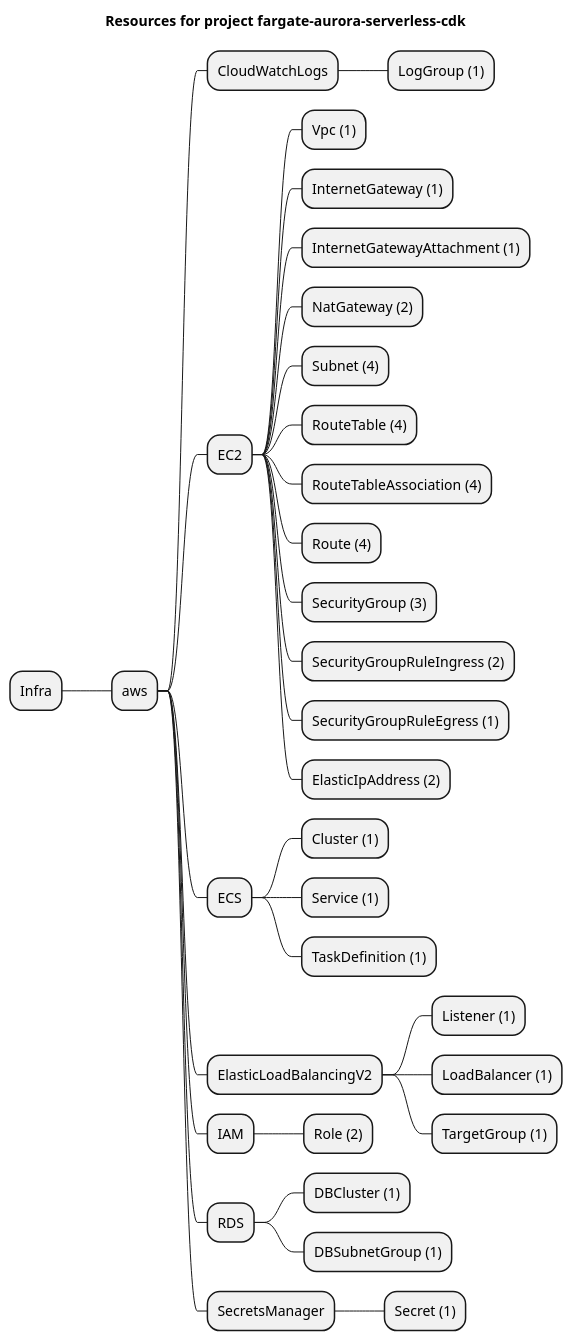
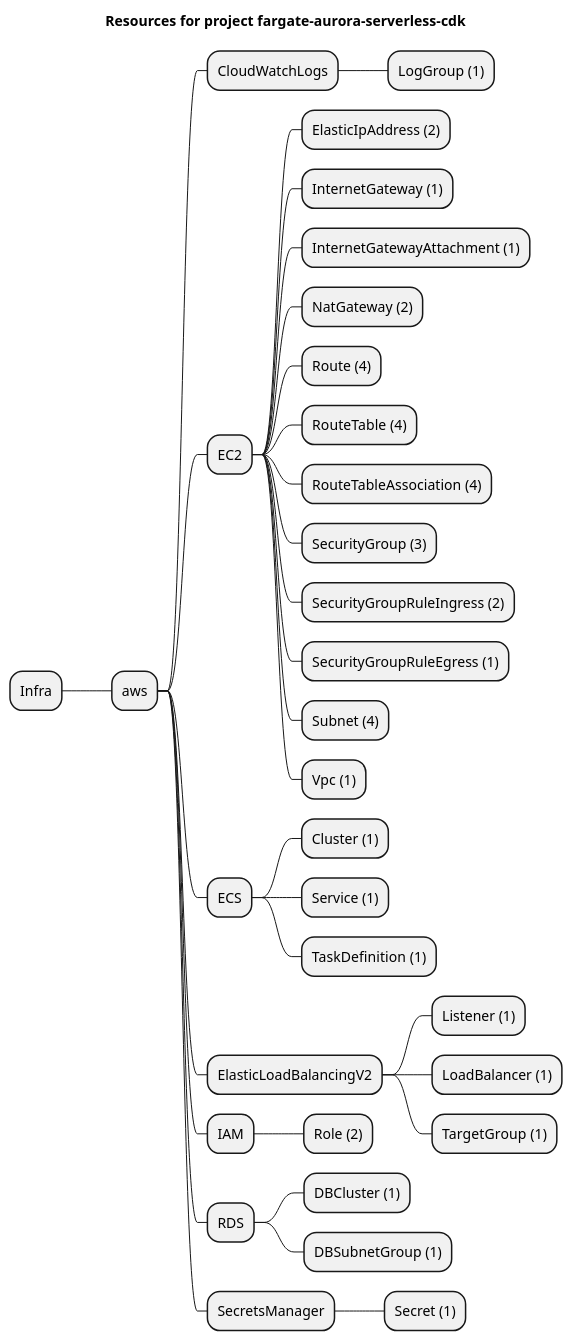
The diagram in examples/aws/RDS/fargate-aurora-serverless-cdk/artifacts/resources-mindmap.puml (grucloud/grucloud), drawn with PlantUML before and after one commit. The commit also changed other lines of this file and 49 other files, not shown here.

```diff
--- a/examples/aws/RDS/fargate-aurora-serverless-cdk/artifacts/resources-mindmap.puml
+++ b/examples/aws/RDS/fargate-aurora-serverless-cdk/artifacts/resources-mindmap.puml
@@ -1,36 +1,36 @@
 @startmindmap
 title Resources for project fargate-aurora-serverless-cdk
 skinparam monochrome true
 + Infra
 ++ aws
 +++ CloudWatchLogs
 ++++ LogGroup (1)
 +++ EC2
-++++ Vpc (1)
+++++ ElasticIpAddress (2)
 ++++ InternetGateway (1)
 ++++ InternetGatewayAttachment (1)
 ++++ NatGateway (2)
-++++ Subnet (4)
+++++ Route (4)
 ++++ RouteTable (4)
 ++++ RouteTableAssociation (4)
-++++ Route (4)
 ++++ SecurityGroup (3)
 ++++ SecurityGroupRuleIngress (2)
 ++++ SecurityGroupRuleEgress (1)
-++++ ElasticIpAddress (2)
+++++ Subnet (4)
+++++ Vpc (1)
 +++ ECS
 ++++ Cluster (1)
 ++++ Service (1)
 ++++ TaskDefinition (1)
 +++ ElasticLoadBalancingV2
 ++++ Listener (1)
 ++++ LoadBalancer (1)
 ++++ TargetGroup (1)
 +++ IAM
 ++++ Role (2)
 +++ RDS
 ++++ DBCluster (1)
 ++++ DBSubnetGroup (1)
 +++ SecretsManager
 ++++ Secret (1)
 @endmindmap
```
